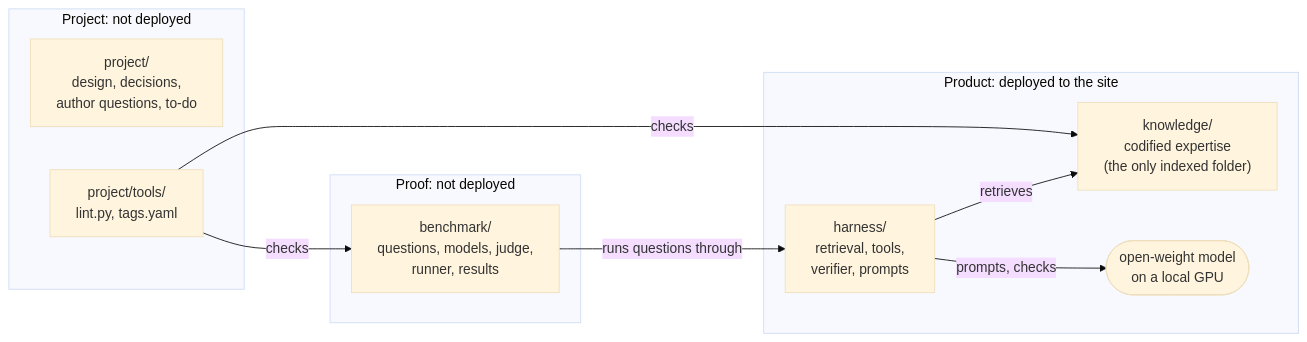
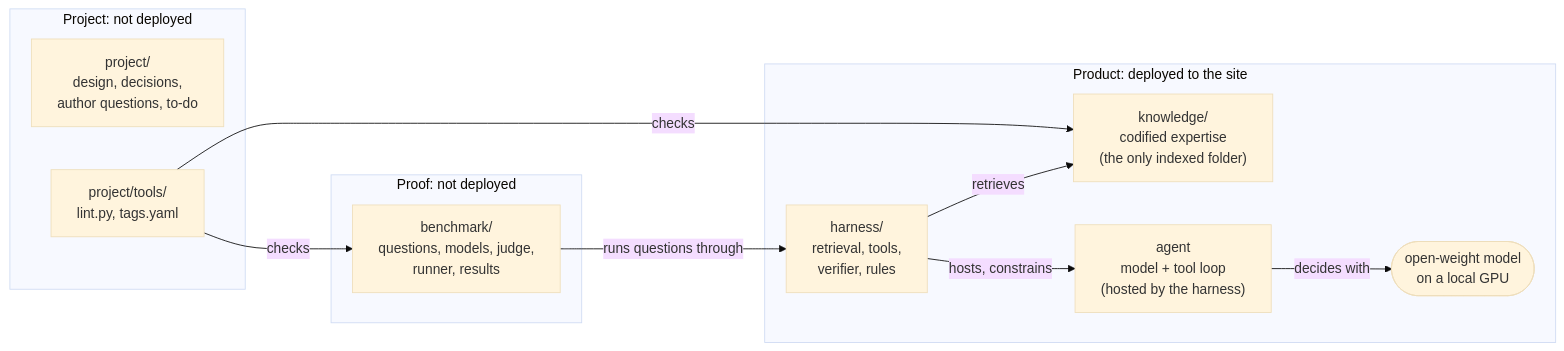
Before and after one commit to e1-rahabok/agent-e2: the diagram in README.md, drawn with Mermaid (base theme). The commit also changed other lines of this file and 16 other files, not shown here.

First line of the commit message:
Documentation redesign: DESIGN.md, harness/AGENT.md, function-first harness README

````diff
--- a/README.md
+++ b/README.md
@@ -36,20 +56,22 @@
 ```mermaid
 flowchart LR
   subgraph Product["Product: deployed to the site"]
     K["knowledge/<br/>codified expertise<br/>(the only indexed folder)"]
-    H["harness/<br/>retrieval, tools,<br/>verifier, prompts"]
+    H["harness/<br/>retrieval, tools,<br/>verifier, rules"]
+    A["agent<br/>model + tool loop<br/>(hosted by the harness)"]
     M(["open-weight model<br/>on a local GPU"])
     H -->|retrieves| K
-    H -->|prompts, checks| M
+    H -->|hosts, constrains| A
+    A -->|decides with| M
   end
   subgraph Proof["Proof: not deployed"]
     B["benchmark/<br/>questions, models, judge,<br/>runner, results"]
   end
   subgraph Project["Project: not deployed"]
     P["project/<br/>design, decisions,<br/>author questions, to-do"]
     T["project/tools/<br/>lint.py, tags.yaml"]
   end
   B -->|runs questions through| H
   T -->|checks| K
   T -->|checks| B
 ```
````
